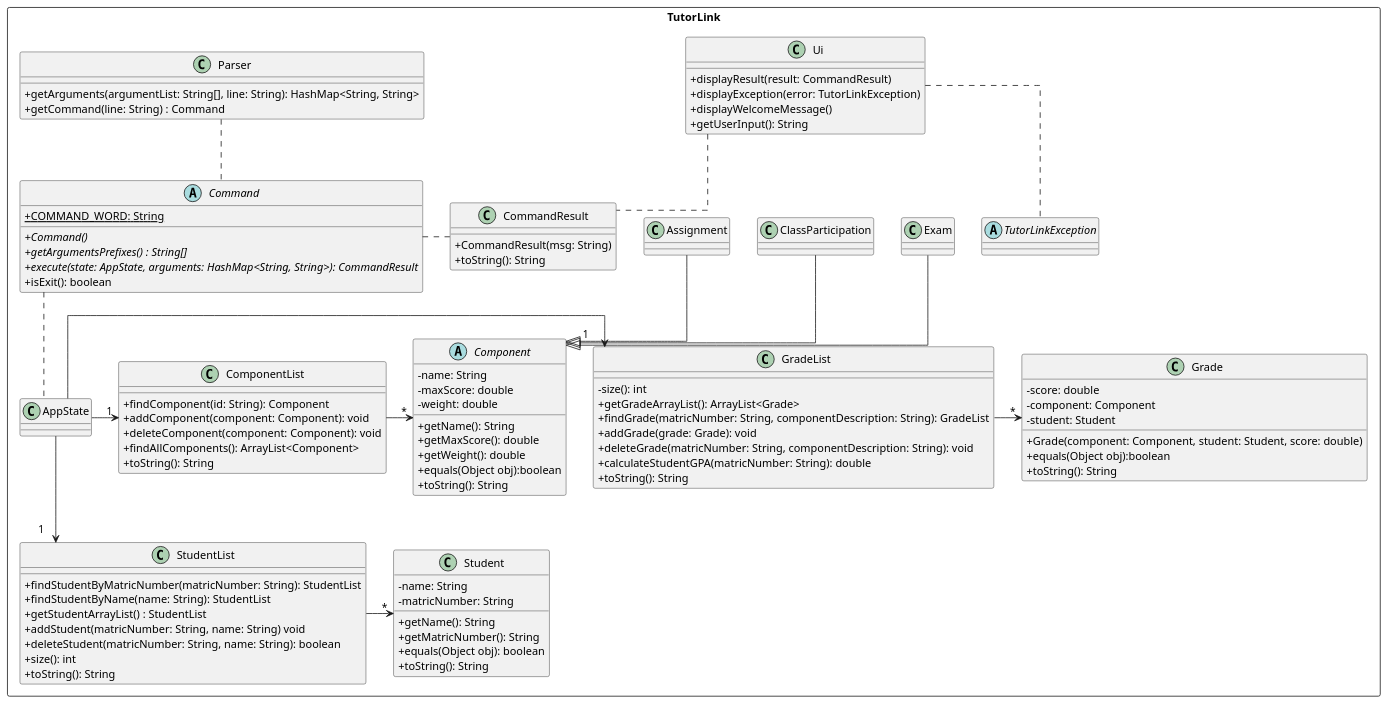
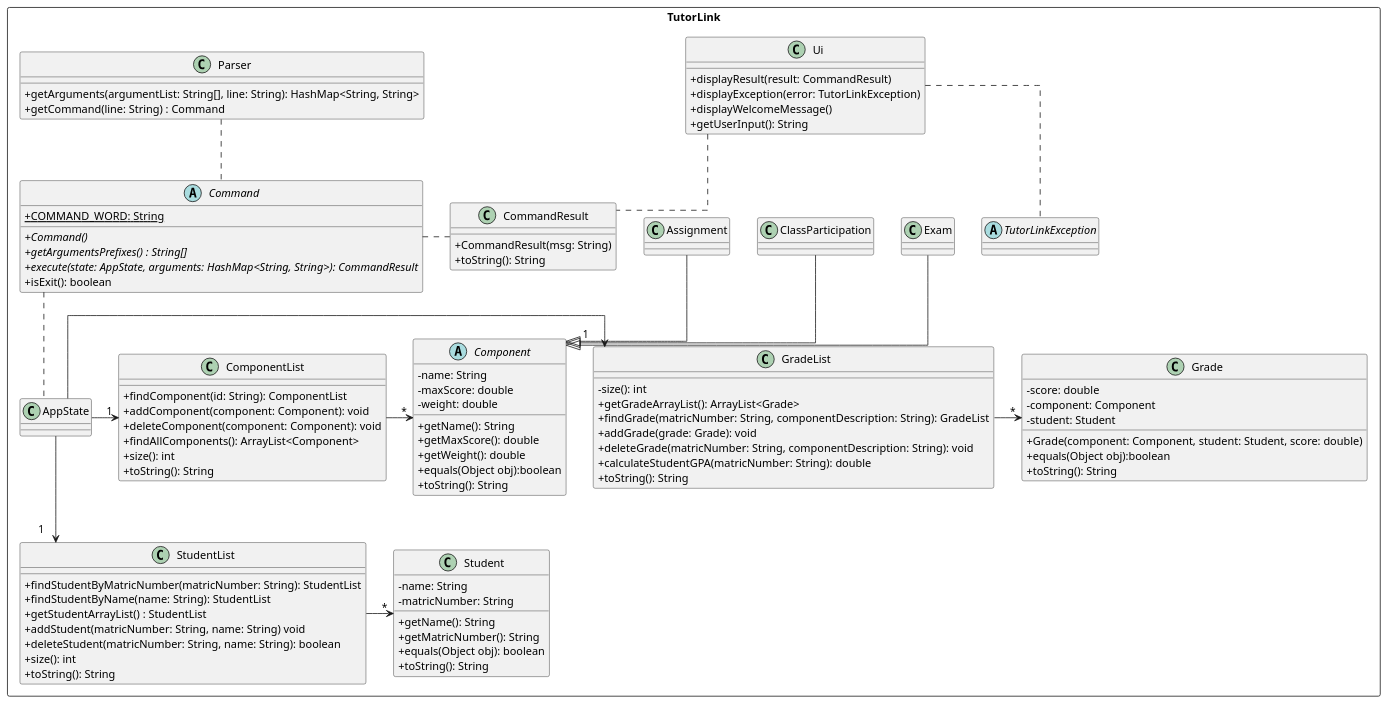
Before and after one commit to yeekian/tp: the diagram in docs/diagrams/Assets.puml, drawn with PlantUML.

Commit message:
Update ComponentList methods in UML

```diff
--- a/docs/diagrams/Assets.puml
+++ b/docs/diagrams/Assets.puml
@@ -1,124 +1,125 @@
 @startuml App Diagram
 
 'https://plantuml.com/class-diagram
 ' !include Style.puml
 skinparam classAttributeIconSize 0
 skinparam classMethodIconSize 0
 skinparam linetype ortho
 
 package TutorLink <<Rectangle>>{
 
 class CommandResult {
     + CommandResult(msg: String)
     + toString(): String
 }
 
 class Ui {
     + displayResult(result: CommandResult)
     + displayException(error: TutorLinkException)
     + displayWelcomeMessage()
     + getUserInput(): String
 }
 
 Ui .. CommandResult
 
 Ui .. TutorLinkException
 
 abstract class TutorLinkException
 
 abstract class Command {
     + {static}COMMAND_WORD: String
     + Command() {abstract}
     + {abstract} getArgumentsPrefixes() : String[]
     + execute(state: AppState, arguments: HashMap<String, String>): CommandResult {abstract}
     + isExit(): boolean
 }
 
 Command ..right.. CommandResult
 
 
 abstract class Component {
     - name: String
     - maxScore: double
     - weight: double
     + getName(): String
     + getMaxScore(): double
     + getWeight(): double
     + equals(Object obj):boolean
     + toString(): String
 }
 class Exam
 class ClassParticipation
 class Assignment
 
 Exam --|> Component
 ClassParticipation --|> Component
 Assignment --|> Component
 
 
 class Student{
     - name: String
     - matricNumber: String
     + getName(): String
     + getMatricNumber(): String
     + equals(Object obj): boolean
     + toString(): String
 }
 
 class Grade{
     - score: double
     - component: Component
     - student: Student
     + Grade(component: Component, student: Student, score: double)
     + equals(Object obj):boolean
     + toString(): String
 }
 
 
 class AppState
 class GradeList{
 	- size(): int
 	+ getGradeArrayList(): ArrayList<Grade>
     + findGrade(matricNumber: String, componentDescription: String): GradeList
     + addGrade(grade: Grade): void
     + deleteGrade(matricNumber: String, componentDescription: String): void
     + calculateStudentGPA(matricNumber: String): double
     + toString(): String
 }
 class StudentList {
     + findStudentByMatricNumber(matricNumber: String): StudentList
     + findStudentByName(name: String): StudentList
 	+ getStudentArrayList() : StudentList
     + addStudent(matricNumber: String, name: String) void
     + deleteStudent(matricNumber: String, name: String): boolean
     + size(): int
     + toString(): String
 }
 class ComponentList {
-    + findComponent(id: String): Component
+    + findComponent(id: String): ComponentList
     + addComponent(component: Component): void
     + deleteComponent(component: Component): void
     + findAllComponents(): ArrayList<Component>
+    + size(): int
     + toString(): String
 }
 
 AppState -> "1" GradeList
 AppState --> "1" StudentList
 AppState -> "1" ComponentList
 
 GradeList -> "*" Grade
 ComponentList -> "*" Component
 StudentList -> "*" Student
 
 Command .. AppState
 
 class Parser {
     + getArguments(argumentList: String[], line: String): HashMap<String, String>
     + getCommand(line: String) : Command
 }
 
 Parser .. Command
 
 }
 
 @enduml
```
